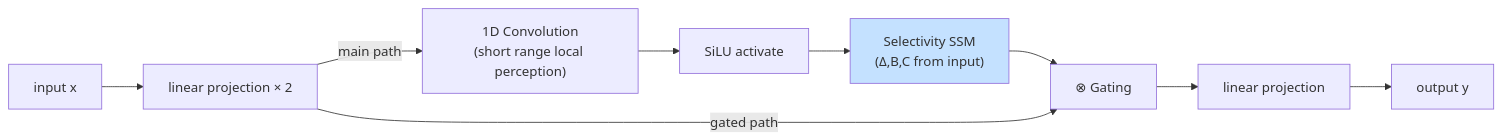
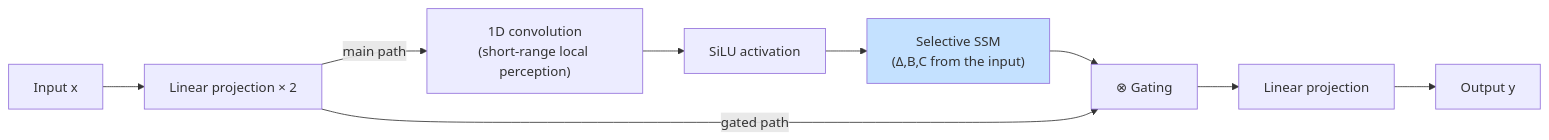
Diagram 15 of 15 in _translations/en/research/Deep-Learning-Survey.md (TingdeLiu/tingdeliu.github.io), drawn with Mermaid before and after one commit. The commit also changed other lines of this file and 51 other files, not shown here.

````diff
--- a/_translations/en/research/Deep-Learning-Survey.md
+++ b/_translations/en/research/Deep-Learning-Survey.md
@@ -2053,12 +2053,12 @@
 ```mermaid
 flowchart LR
-    X["input x"] --> L1["linear projection × 2"]
-    L1 --> |"main path"| CONV["1D Convolution<br/>(short range local perception)"]
-    CONV --> ACT["SiLU activate"]
-    ACT --> SSM["Selectivity SSM<br/>(Δ,B,C from input)"]
+    X["Input x"] --> L1["Linear projection × 2"]
+    L1 --> |"main path"| CONV["1D convolution<br/>(short-range local perception)"]
+    CONV --> ACT["SiLU activation"]
+    ACT --> SSM["Selective SSM<br/>(Δ,B,C from the input)"]
     SSM --> MUL["⊗ Gating"]
     L1 --> |"gated path"| MUL
-    MUL --> L2["linear projection"]
-    L2 --> Y["output y"]
+    MUL --> L2["Linear projection"]
+    L2 --> Y["Output y"]
     style SSM fill:#c4e1ff
 ```
````
